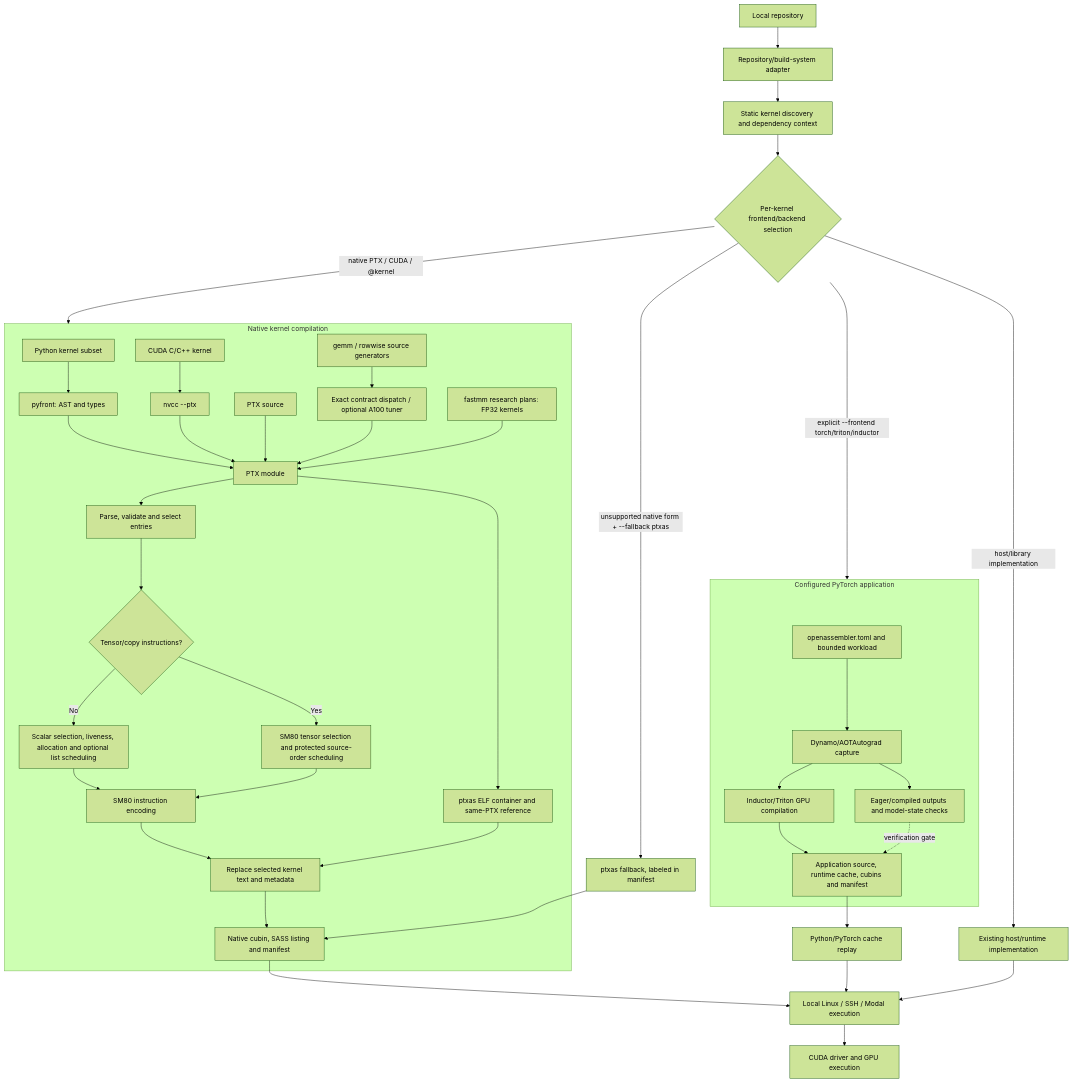
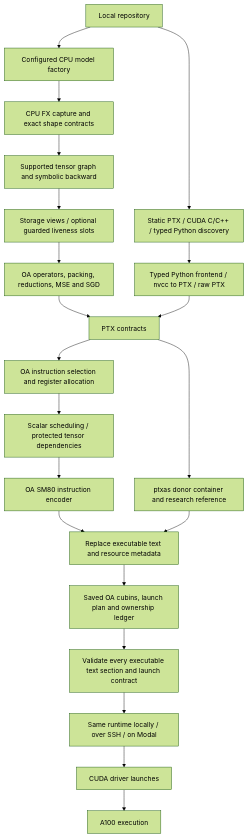
Before and after one commit to lucialuka/OpenAssembler: the diagram in docs/STATUS.md, drawn with Mermaid (forest theme). The commit also changed other lines of this file and 530 other files, not shown here.

````diff
--- a/docs/STATUS.md
+++ b/docs/STATUS.md
@@ -72,43 +98,23 @@
 ```mermaid
 flowchart TB
-    REPO["Local repository"] --> ADAPT["Repository/build-system adapter"]
-    ADAPT --> DISC["Static kernel discovery and dependency context"]
-    DISC --> SELECT{"Per-kernel frontend/backend selection"}
-    SELECT -->|"native PTX / CUDA / @kernel"| N
-    SELECT -->|"explicit --frontend torch/triton/inductor"| A
-    SELECT -->|"unsupported native form + --fallback ptxas"| FALLBACK["ptxas fallback, labeled in manifest"]
-    SELECT -->|"host/library implementation"| HOST["Existing host/runtime implementation"]
-    subgraph N["Native kernel compilation"]
-        PY["Python kernel subset"] --> PF["pyfront: AST and types"]
-        CU["CUDA C/C++ kernel"] --> NVCC["nvcc --ptx"]
-        PF --> PTX["PTX module"]
-        NVCC --> PTX
-        RAW["PTX source"] --> PTX
-        GP["gemm / rowwise source generators"] --> DISPATCH["Exact contract dispatch / optional A100 tuner"]
-        DISPATCH --> PTX
-        FM["fastmm research plans: FP32 kernels"] --> PTX
-        PTX --> PARSE["Parse, validate and select entries"]
-        PARSE --> ROUTE{"Tensor/copy instructions?"}
-        ROUTE -->|"No"| SC["Scalar selection, liveness, allocation and optional list scheduling"]
-        ROUTE -->|"Yes"| TC["SM80 tensor selection and protected source-order scheduling"]
-        SC --> ENC["SM80 instruction encoding"]
-        TC --> ENC
-        PTX --> CON["ptxas ELF container and same-PTX reference"]
-        ENC --> SPLICE["Replace selected kernel text and metadata"]
-        CON --> SPLICE
-        SPLICE --> CUBIN["Native cubin, SASS listing and manifest"]
-    end
-    subgraph A["Configured PyTorch application"]
-        CFG["openassembler.toml and bounded workload"] --> CAP["Dynamo/AOTAutograd capture"]
-        CAP --> IND["Inductor/Triton GPU compilation"]
-        IND --> BUNDLE["Application source, runtime cache, cubins and manifest"]
-        CAP --> CHECK["Eager/compiled outputs and model-state checks"]
-    end
-    CUBIN --> RUN["Local Linux / SSH / Modal execution"]
-    BUNDLE --> REPLAY["Python/PyTorch cache replay"]
-    REPLAY --> RUN
-    RUN --> GPU["CUDA driver and GPU execution"]
-    CHECK -. "verification gate" .-> BUNDLE
-    FALLBACK --> CUBIN
-    HOST --> RUN
+    REPO[Local repository] --> MODEL[Configured CPU model factory]
+    REPO --> STATIC[Static PTX / CUDA C/C++ / typed Python discovery]
+    MODEL --> CAP[CPU FX capture and exact shape contracts]
+    CAP --> GRAPH[Supported tensor graph and symbolic backward]
+    GRAPH --> PLAN[Storage views / optional guarded liveness slots]
+    PLAN --> OPS[OA operators, packing, reductions, MSE and SGD]
+    OPS --> PTX[PTX contracts]
+    STATIC --> FRONT[Typed Python frontend / nvcc to PTX / raw PTX]
+    FRONT --> PTX
+    PTX --> BACK[OA instruction selection and register allocation]
+    BACK --> SCHED[Scalar scheduling / protected tensor dependencies]
+    SCHED --> ENC[OA SM80 instruction encoder]
+    PTX --> DONOR[ptxas donor container and research reference]
+    ENC --> SPLICE[Replace executable text and resource metadata]
+    DONOR --> SPLICE
+    SPLICE --> BUNDLE[Saved OA cubins, launch plan and ownership ledger]
+    BUNDLE --> CHECK[Validate every executable text section and launch contract]
+    CHECK --> RUN[Same runtime locally / over SSH / on Modal]
+    RUN --> DRIVER[CUDA driver launches]
+    DRIVER --> GPU[A100 execution]
 ```
````
